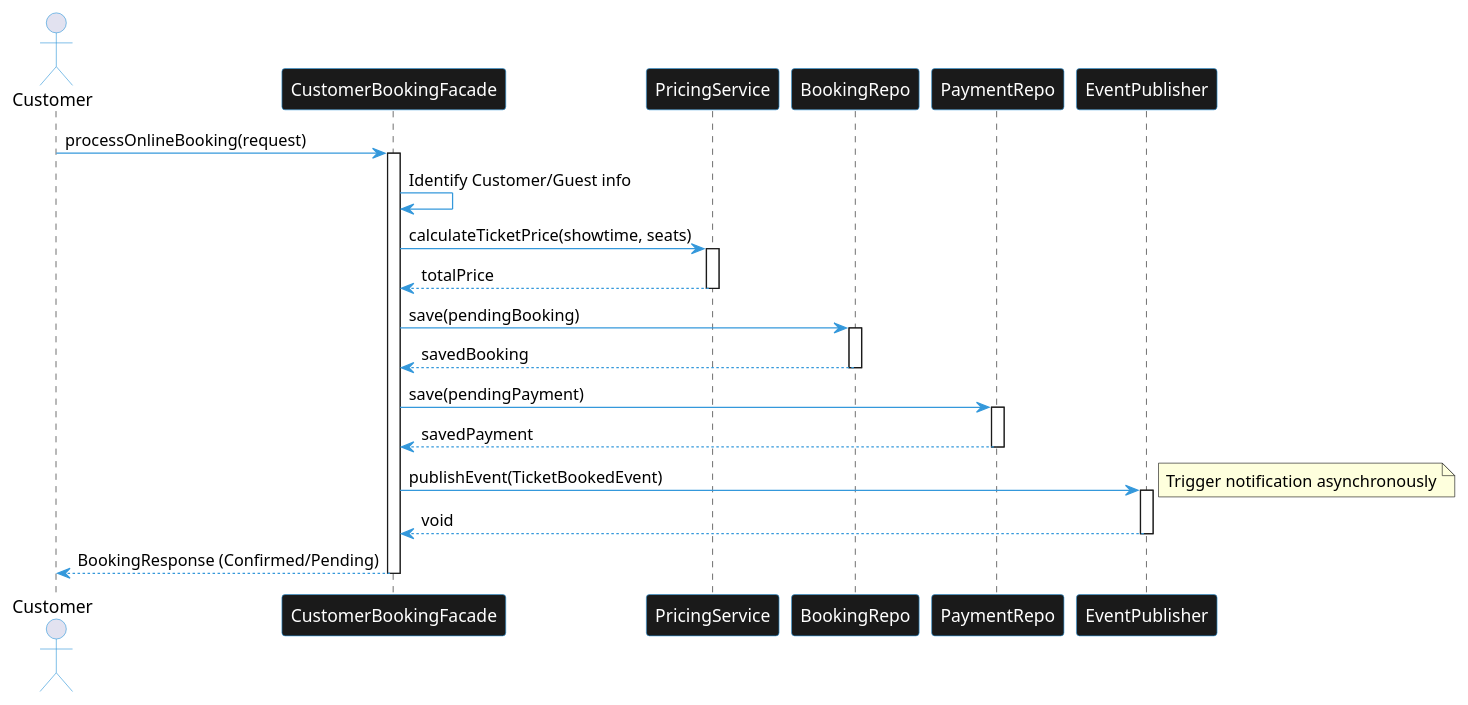
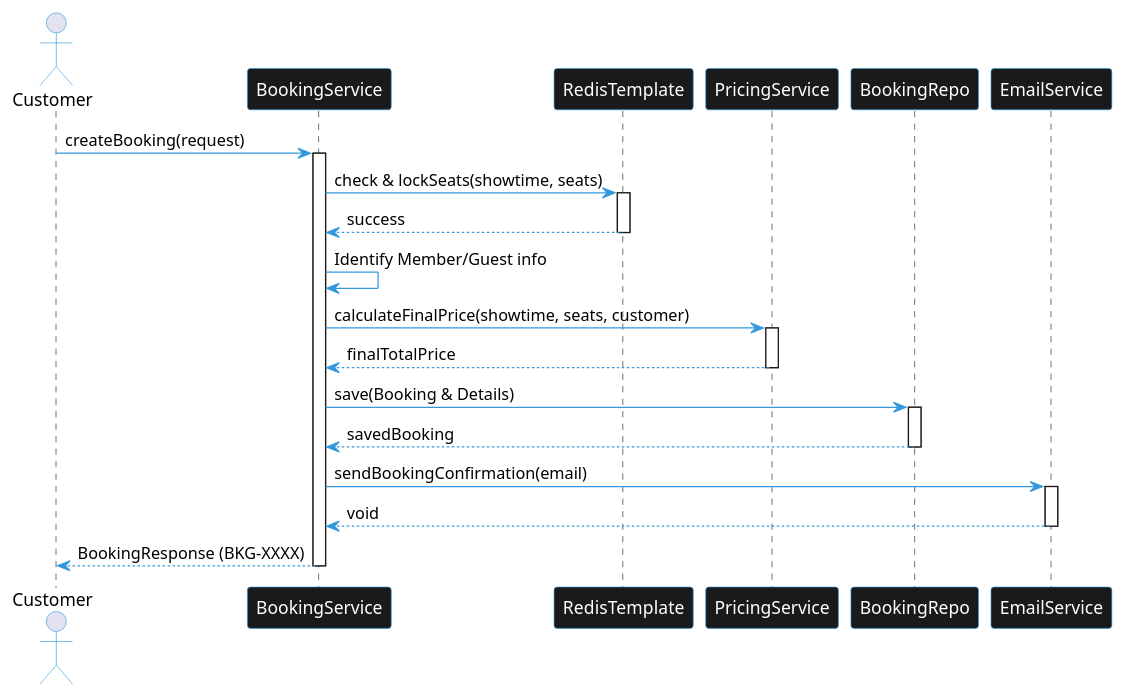
One commit to vothnha26/Cinema-Management-System changed the diagram in report/2.0-Yêu cầu nghiệp vụ/2.2-Phân tích hệ thống (UML Diagrams)/2.2.4. Sequence Diagram/booking_facade_sequence.puml. Above: the diagram before and after it, drawn with PlantUML. The commit also changed 50 other files, not shown here.

```diff
--- a/report/2.0-Yêu cầu nghiệp vụ/2.2-Phân tích hệ thống (UML Diagrams)/2.2.4. Sequence Diagram/booking_facade_sequence.puml
+++ b/report/2.0-Yêu cầu nghiệp vụ/2.2-Phân tích hệ thống (UML Diagrams)/2.2.4. Sequence Diagram/booking_facade_sequence.puml
@@ -1,48 +1,47 @@
 @startuml booking_facade_sequence
 skinparam backgroundColor #FFFFFF
 skinparam sequence {
     ArrowColor #3498DB
     ActorBorderColor #3498DB
     LifeLineBorderColor #1A1A1A
     ParticipantBackgroundColor #1A1A1A
     ParticipantBorderColor #3498DB
     ParticipantFontColor #FFFFFF
 }
 
 actor Customer
-participant "CustomerBookingFacade" as CBF
+participant "BookingService" as BS
+participant "RedisTemplate" as RT
 participant "PricingService" as PS
 participant "BookingRepo" as BR
-participant "PaymentRepo" as PR
-participant "EventPublisher" as EP
+participant "EmailService" as ES
 
-Customer -> CBF: processOnlineBooking(request)
-activate CBF
+Customer -> BS: createBooking(request)
+activate BS
 
-CBF -> CBF: Identify Customer/Guest info
+BS -> RT: check & lockSeats(showtime, seats)
+activate RT
+RT --> BS: success
+deactivate RT
 
-CBF -> PS: calculateTicketPrice(showtime, seats)
+BS -> BS: Identify Member/Guest info
+
+BS -> PS: calculateFinalPrice(showtime, seats, customer)
 activate PS
-PS --> CBF: totalPrice
+PS --> BS: finalTotalPrice
 deactivate PS
 
-CBF -> BR: save(pendingBooking)
+BS -> BR: save(Booking & Details)
 activate BR
-BR --> CBF: savedBooking
+BR --> BS: savedBooking
 deactivate BR
 
-CBF -> PR: save(pendingPayment)
-activate PR
-PR --> CBF: savedPayment
-deactivate PR
+BS -> ES: sendBookingConfirmation(email)
+activate ES
+ES --> BS: void
+deactivate ES
 
-CBF -> EP: publishEvent(TicketBookedEvent)
-activate EP
-note right: Trigger notification asynchronously
-EP --> CBF: void
-deactivate EP
-
-CBF --> Customer: BookingResponse (Confirmed/Pending)
-deactivate CBF
+BS --> Customer: BookingResponse (BKG-XXXX)
+deactivate BS
 
 @enduml
```
